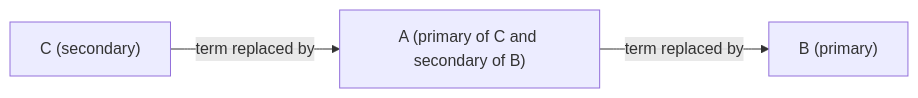
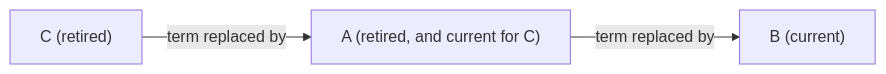
One commit to jmillanacosta/pysec2pri changed the third of 4 diagrams in README.md. Above: the diagram before and after it, drawn with Mermaid. The commit also changed other lines of this file and 48 other files, not shown here.

````diff
--- a/README.md
+++ b/README.md
@@ -174,5 +215,5 @@
 ```mermaid
 flowchart LR
-    A["A (primary of C and secondary of B)"] -->|term replaced by| B["B (primary)"]
-    C["C (secondary)"] -->|term replaced by| A
+    C["C (retired)"] -->|term replaced by| A["A (retired, and current for C)"]
+    A -->|term replaced by| B["B (current)"]
 ```
````
